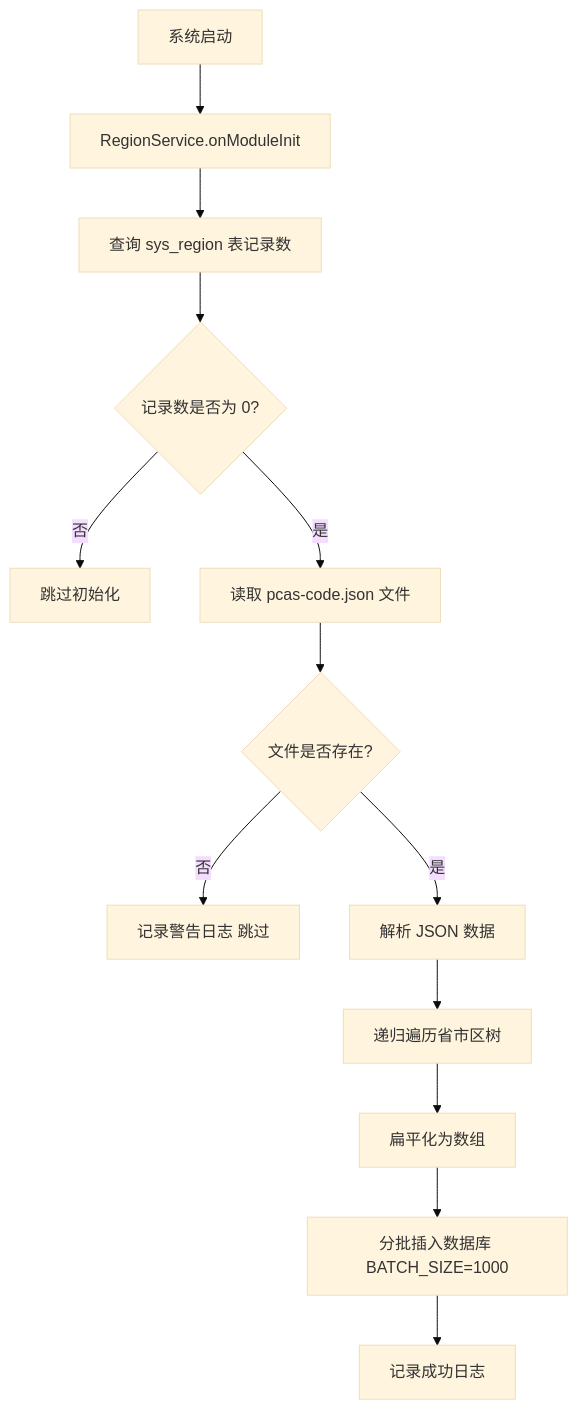
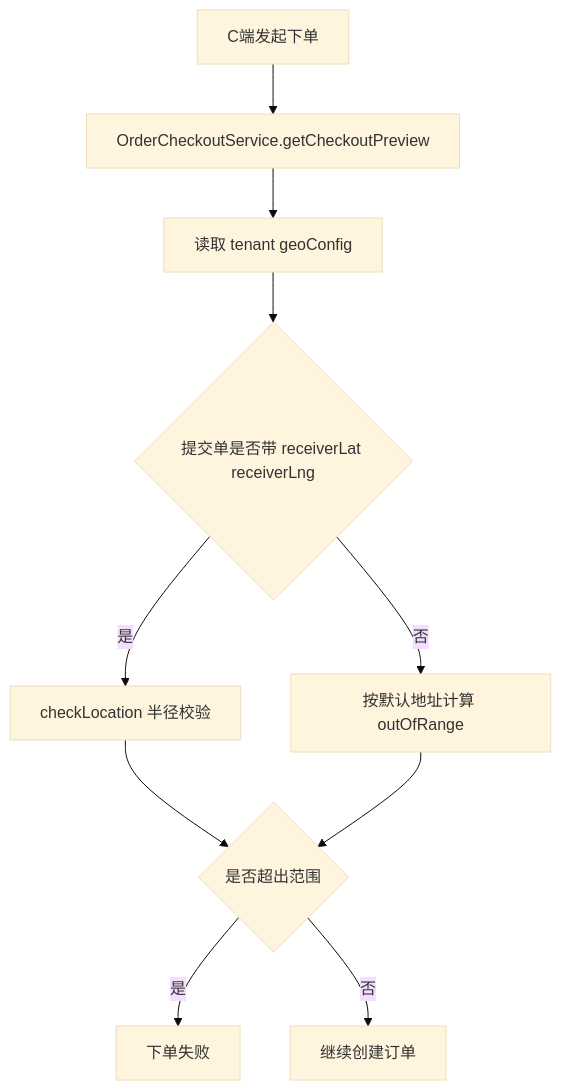
The fourth of 5 diagrams in apps/backend/docs/requirements/lbs/lbs-requirements.md (hqh-dot-wj/O2O-Mall-project), drawn with Mermaid (base theme) before and after one commit. The commit also changed other lines of this file and 20 other files, not shown here.

````diff
--- a/apps/backend/docs/requirements/lbs/lbs-requirements.md
+++ b/apps/backend/docs/requirements/lbs/lbs-requirements.md
@@ -147,15 +117,12 @@
 ```mermaid
 flowchart TD
-    A[系统启动] --> B[RegionService.onModuleInit]
-    B --> C[查询 sys_region 表记录数]
-    C --> D{记录数是否为 0?}
-    D -->|否| E[跳过初始化]
-    D -->|是| F[读取 pcas-code.json 文件]
-    F --> G{文件是否存在?}
-    G -->|否| H[记录警告日志 跳过]
-    G -->|是| I[解析 JSON 数据]
-    I --> J[递归遍历省市区树]
-    J --> K[扁平化为数组]
-    K --> L[分批插入数据库 BATCH_SIZE=1000]
-    L --> M[记录成功日志]
+    A[C端发起下单] --> B[OrderCheckoutService.getCheckoutPreview]
+    B --> C[读取 tenant geoConfig]
+    C --> D{提交单是否带 receiverLat receiverLng}
+    D -->|是| E[checkLocation 半径校验]
+    D -->|否| F[按默认地址计算 outOfRange]
+    E --> G{是否超出范围}
+    F --> G
+    G -->|是| H[下单失败]
+    G -->|否| I[继续创建订单]
 ```
````
